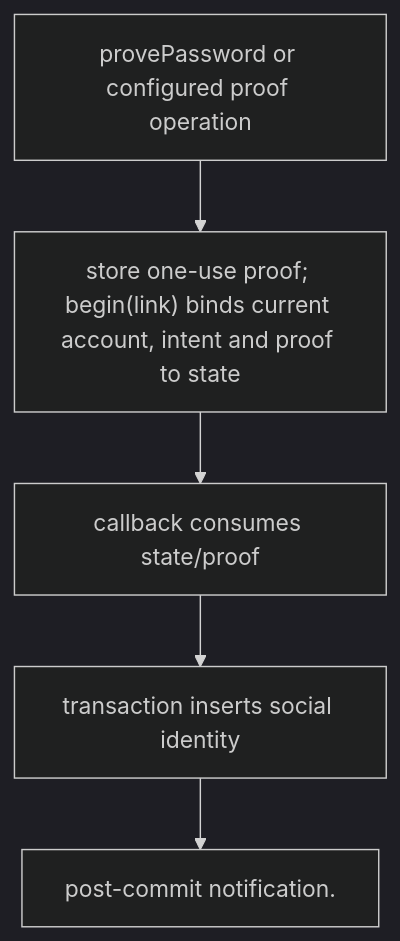
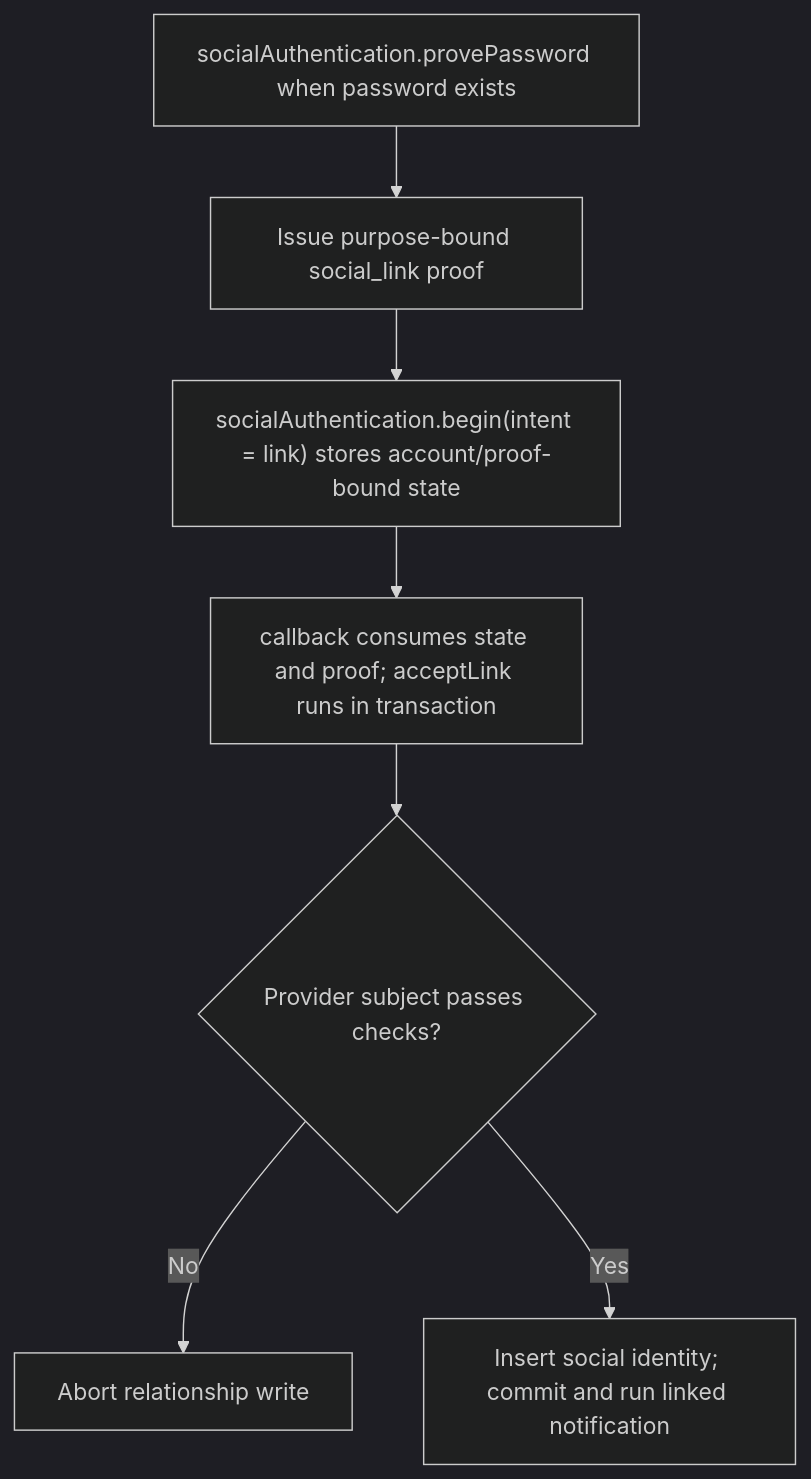
One commit to Kevinjohn/oss-adonisjs-account-kit changed the second of 2 diagrams in user-stories/US-ACCOUNT-21-link-social-identity.md. Above: the diagram before and after it, drawn with Mermaid (dark theme). The commit also changed other lines of this file and 9 other files, not shown here.

Commit message:
docs: clarify session and social account journeys

````diff
--- a/user-stories/US-ACCOUNT-21-link-social-identity.md
+++ b/user-stories/US-ACCOUNT-21-link-social-identity.md
@@ -35,12 +32,9 @@
 ```mermaid
 flowchart TD
-    C0["provePassword or configured proof operation"]
-    C1["store one-use proof; begin(link) binds current account, intent and proof to state"]
-    C0 --> C1
-    C2["callback consumes state/proof"]
-    C1 --> C2
-    C3["transaction inserts social identity"]
-    C2 --> C3
-    C4["post-commit notification."]
-    C3 --> C4
+ A["socialAuthentication.provePassword when password exists"] --> B["Issue purpose-bound social_link proof"]
+ B --> C["socialAuthentication.begin(intent = link) stores account/proof-bound state"]
+ C --> D["callback consumes state and proof; acceptLink runs in transaction"]
+ D --> E{"Provider subject passes checks?"}
+ E -->|No| F["Abort relationship write"]
+ E -->|Yes| G["Insert social identity; commit and run linked notification"]
 ```
````
